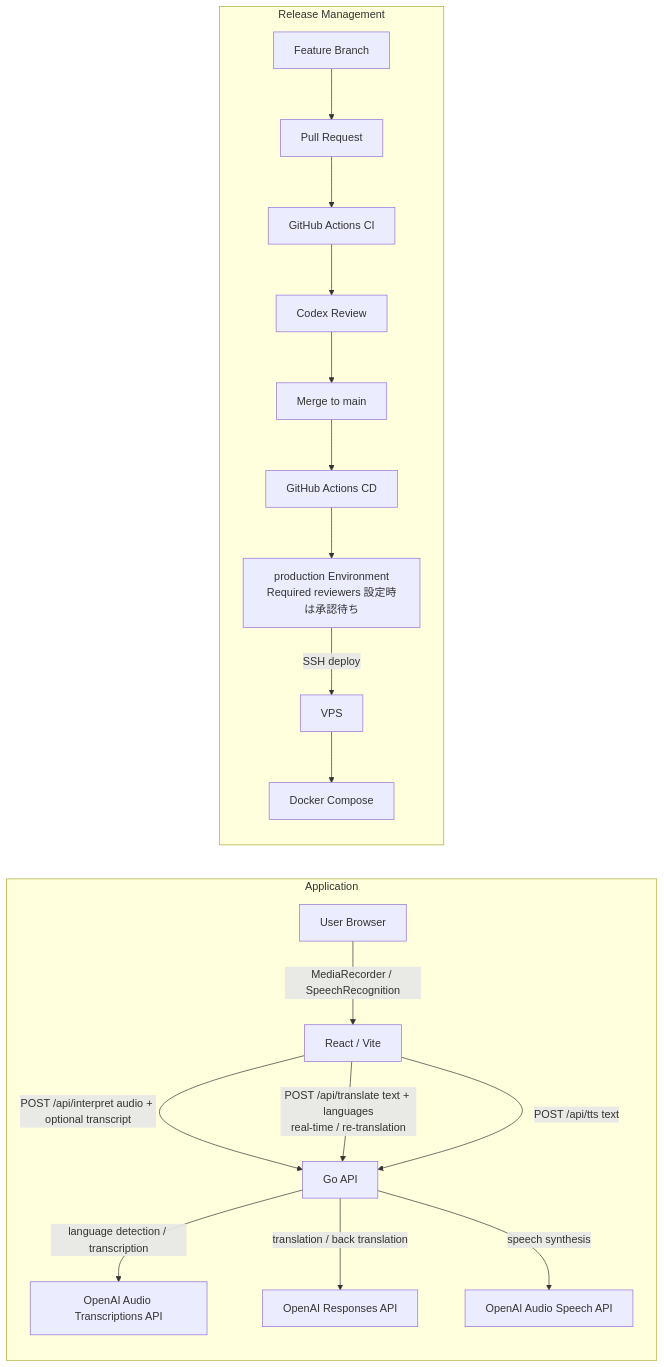
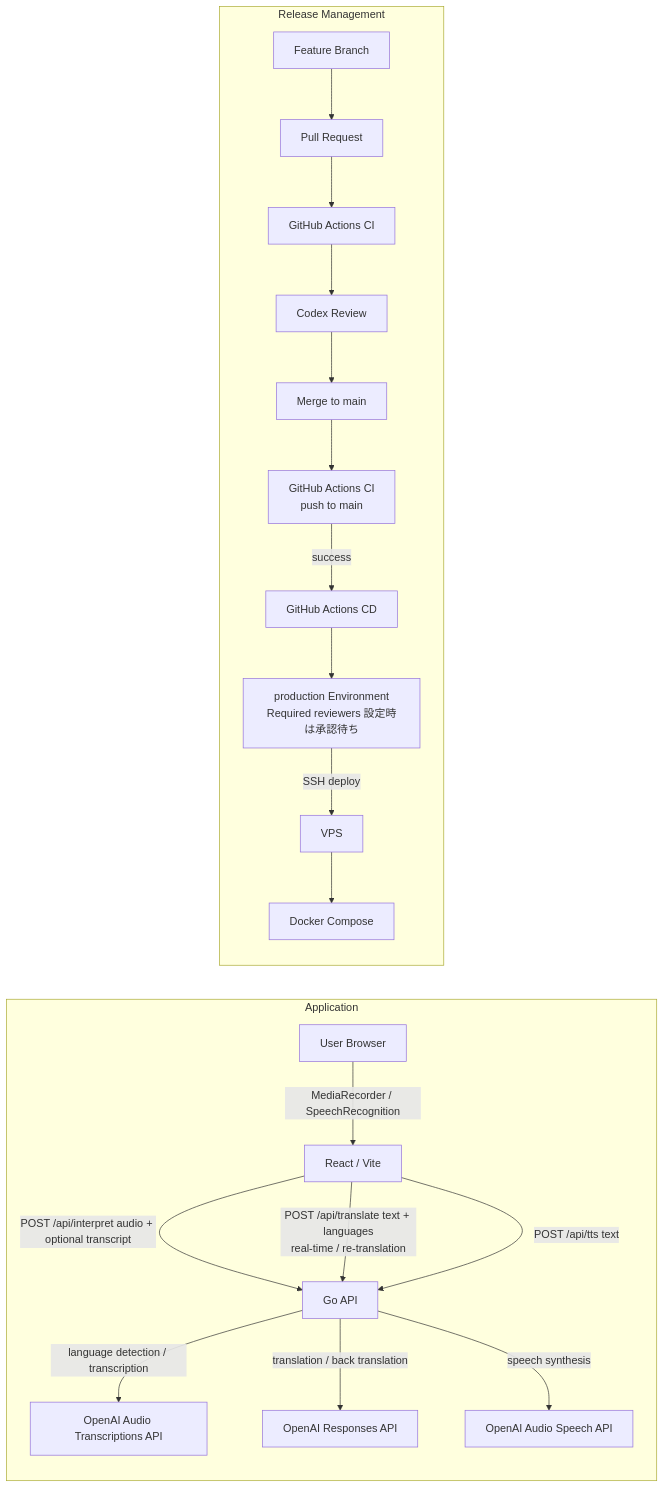
The diagram in README.md (shin-arita/gotalk), drawn with Mermaid before and after one commit. The commit also changed other lines of this file and 5 other files, not shown here.

````diff
--- a/README.md
+++ b/README.md
@@ -48,23 +48,24 @@
 ```mermaid
 flowchart LR
   subgraph App[Application]
     User[User Browser] -->|MediaRecorder / SpeechRecognition| Frontend[React / Vite]
     Frontend -->|POST /api/interpret audio + optional transcript| Backend[Go API]
     Frontend -->|POST /api/translate text + languages<br/>real-time / re-translation| Backend
     Frontend -->|POST /api/tts text| Backend
     Backend -->|language detection / transcription| Transcriptions[OpenAI Audio Transcriptions API]
     Backend -->|translation / back translation| Responses[OpenAI Responses API]
     Backend -->|speech synthesis| Speech[OpenAI Audio Speech API]
   end
 
   subgraph Release[Release Management]
     Feature[Feature Branch] --> PR[Pull Request]
     PR --> CI[GitHub Actions CI]
     CI --> Review[Codex Review]
     Review --> Main[Merge to main]
-    Main --> CD[GitHub Actions CD]
+    Main --> CIMain[GitHub Actions CI<br/>push to main]
+    CIMain -->|success| CD[GitHub Actions CD]
     CD --> Approval[production Environment<br/>Required reviewers 設定時は承認待ち]
     Approval -->|SSH deploy| VPS[VPS]
     VPS --> Docker[Docker Compose]
   end
 ```
````
